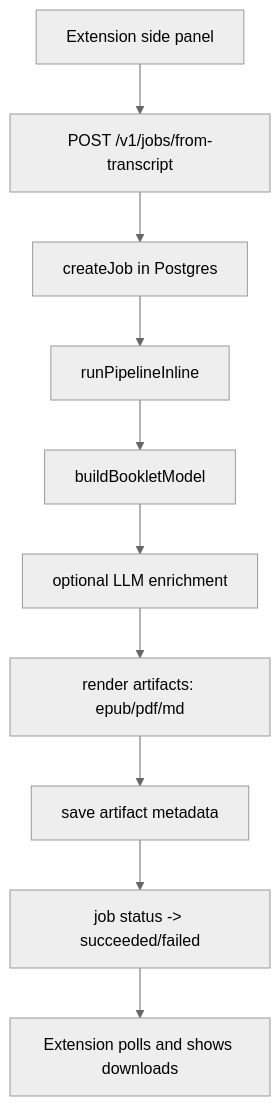
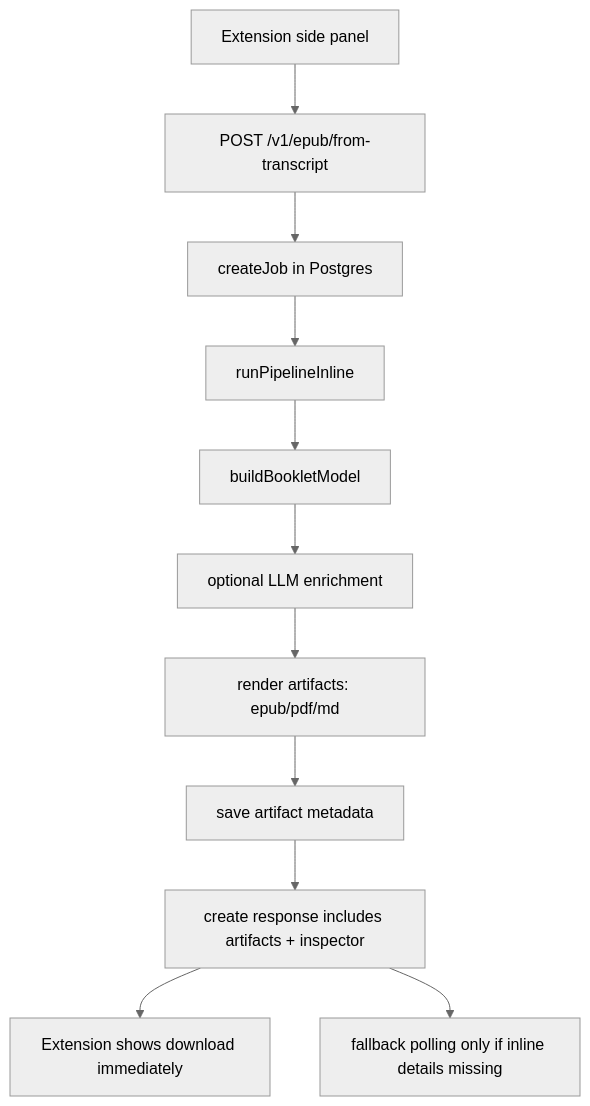
The first of 3 diagrams in README.md (CeciliaHahan/podcast_to_ebook), drawn with Mermaid (neutral theme) before and after one commit. The commit also changed other lines of this file and 8 other files, not shown here.

First line of the commit message:
feature(epub): return inline artifacts in create response and make polling fallback (#3)

````diff
--- a/README.md
+++ b/README.md
@@ -47,12 +56,13 @@
 ```mermaid
 flowchart TD
-  A[Extension side panel] --> B[POST /v1/jobs/from-transcript]
+  A[Extension side panel] --> B[POST /v1/epub/from-transcript]
   B --> C[createJob in Postgres]
   C --> D[runPipelineInline]
   D --> E[buildBookletModel]
   E --> F[optional LLM enrichment]
   F --> G[render artifacts: epub/pdf/md]
   G --> H[save artifact metadata]
-  H --> I[job status -> succeeded/failed]
-  I --> J[Extension polls and shows downloads]
+  H --> I[create response includes artifacts + inspector]
+  I --> J[Extension shows download immediately]
+  I --> K[fallback polling only if inline details missing]
 ```
````
